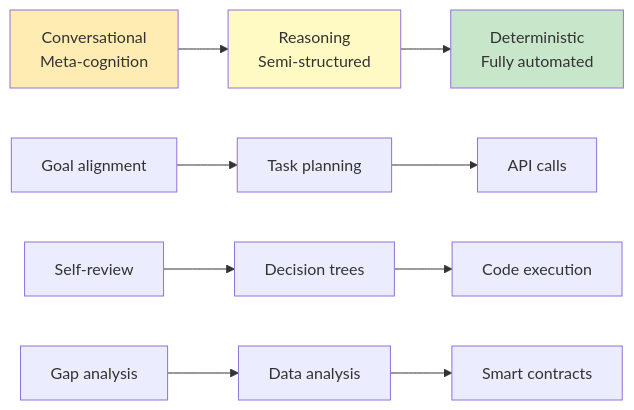
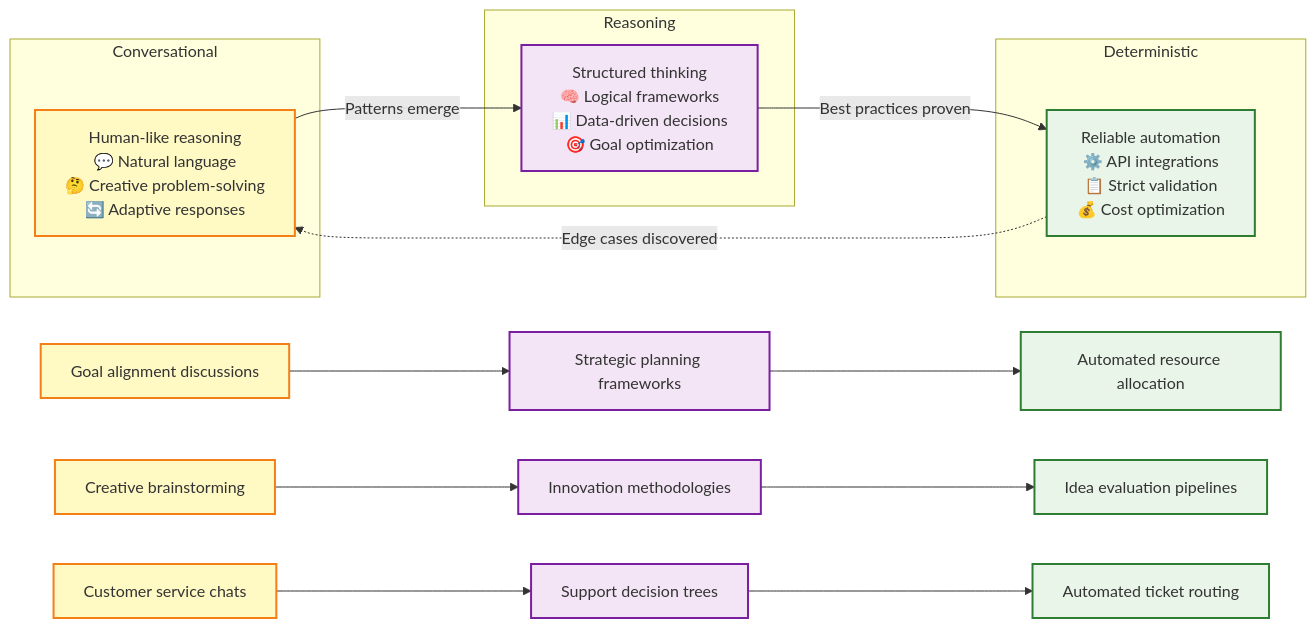
One commit to Vrooli/Vrooli changed the third of 10 diagrams in docs/ai-execution-architecture.md. Above: the diagram before and after it, drawn with Mermaid. The commit also changed other lines of this file, not shown here.

Commit message:
Execution architecture p2

````diff
--- a/docs/ai-execution-architecture.md
+++ b/docs/ai-execution-architecture.md
@@ -50,12 +124,30 @@
 ```mermaid
 graph LR
-    A[Conversational<br/>Meta-cognition] --> B[Reasoning<br/>Semi-structured] --> C[Deterministic<br/>Fully automated]
+    subgraph "Conversational"
+        A[Human-like reasoning<br/>💬 Natural language<br/>🤔 Creative problem-solving<br/>🔄 Adaptive responses]
+    end
     
-    A1[Goal alignment] --> B1[Task planning] --> C1[API calls]
-    A2[Self-review] --> B2[Decision trees] --> C2[Code execution]
-    A3[Gap analysis] --> B3[Data analysis] --> C3[Smart contracts]
+    subgraph "Reasoning"
+        B[Structured thinking<br/>🧠 Logical frameworks<br/>📊 Data-driven decisions<br/>🎯 Goal optimization]
+    end
     
-    style A fill:#ffecb3
-    style B fill:#fff9c4
-    style C fill:#c8e6c9
+    subgraph "Deterministic"
+        C[Reliable automation<br/>⚙️ API integrations<br/>📋 Strict validation<br/>💰 Cost optimization]
+    end
+    
+    A -->|"Patterns emerge"| B
+    B -->|"Best practices proven"| C
+    C -.->|"Edge cases discovered"| A
+    
+    A1[Goal alignment discussions] --> B1[Strategic planning frameworks] --> C1[Automated resource allocation]
+    A2[Creative brainstorming] --> B2[Innovation methodologies] --> C2[Idea evaluation pipelines]
+    A3[Customer service chats] --> B3[Support decision trees] --> C3[Automated ticket routing]
+    
+    classDef conv fill:#fff9c4,stroke:#f57f17,stroke-width:2px
+    classDef reason fill:#f3e5f5,stroke:#7b1fa2,stroke-width:2px
+    classDef determ fill:#e8f5e8,stroke:#2e7d32,stroke-width:2px
+    
+    class A,A1,A2,A3 conv
+    class B,B1,B2,B3 reason
+    class C,C1,C2,C3 determ
 ```
````
